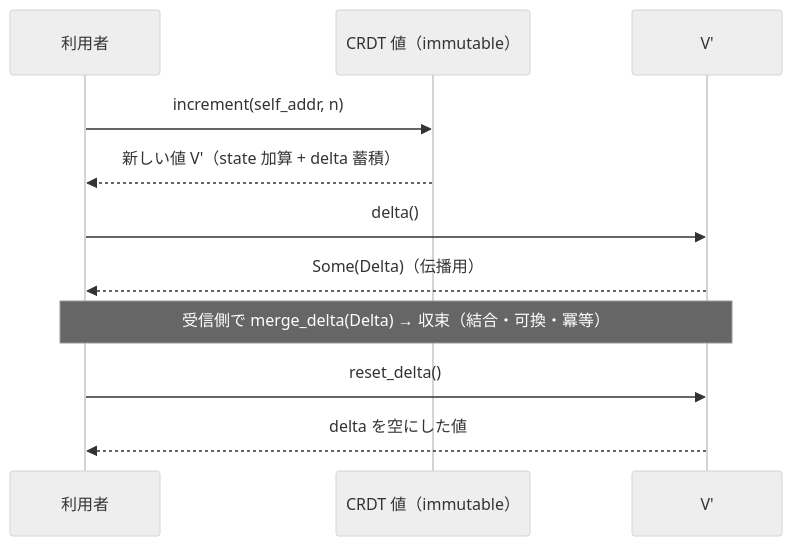
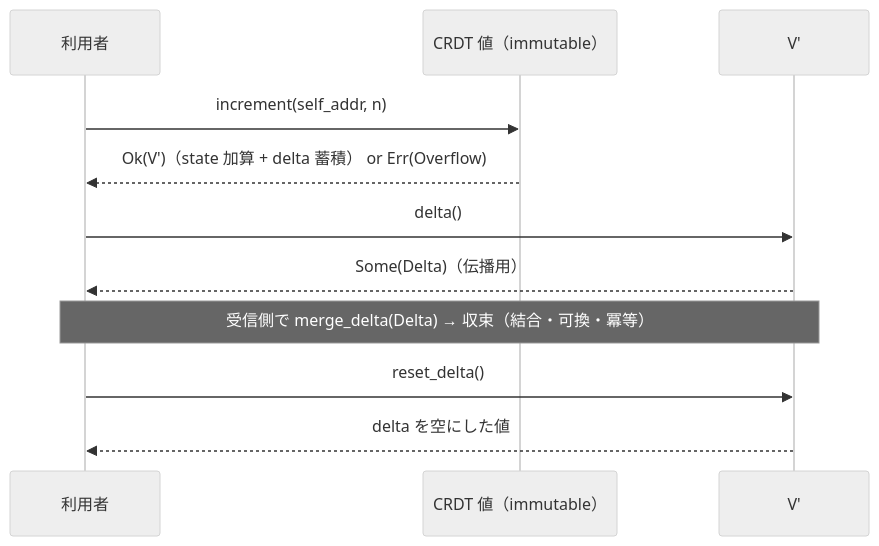
The second of 2 diagrams in .kiro/specs/cluster-ddata-core-types/design.md (j5ik2o/fraktor-rs), drawn with Mermaid (neutral theme) before and after one commit. The commit also changed other lines of this file and 33 other files, not shown here.

````diff
--- a/.kiro/specs/cluster-ddata-core-types/design.md
+++ b/.kiro/specs/cluster-ddata-core-types/design.md
@@ -350,12 +371,12 @@
 ```mermaid
 sequenceDiagram
   participant App as 利用者
   participant V as CRDT 値（immutable）
   App->>V: increment(self_addr, n)
-  V-->>App: 新しい値 V'（state 加算 + delta 蓄積）
+  V-->>App: Ok(V')（state 加算 + delta 蓄積） or Err(Overflow)
   App->>V': delta()
   V'-->>App: Some(Delta)（伝播用）
   Note over App,V': 受信側で merge_delta(Delta) → 収束（結合・可換・冪等）
   App->>V': reset_delta()
   V'-->>App: delta を空にした値
 ```
````
